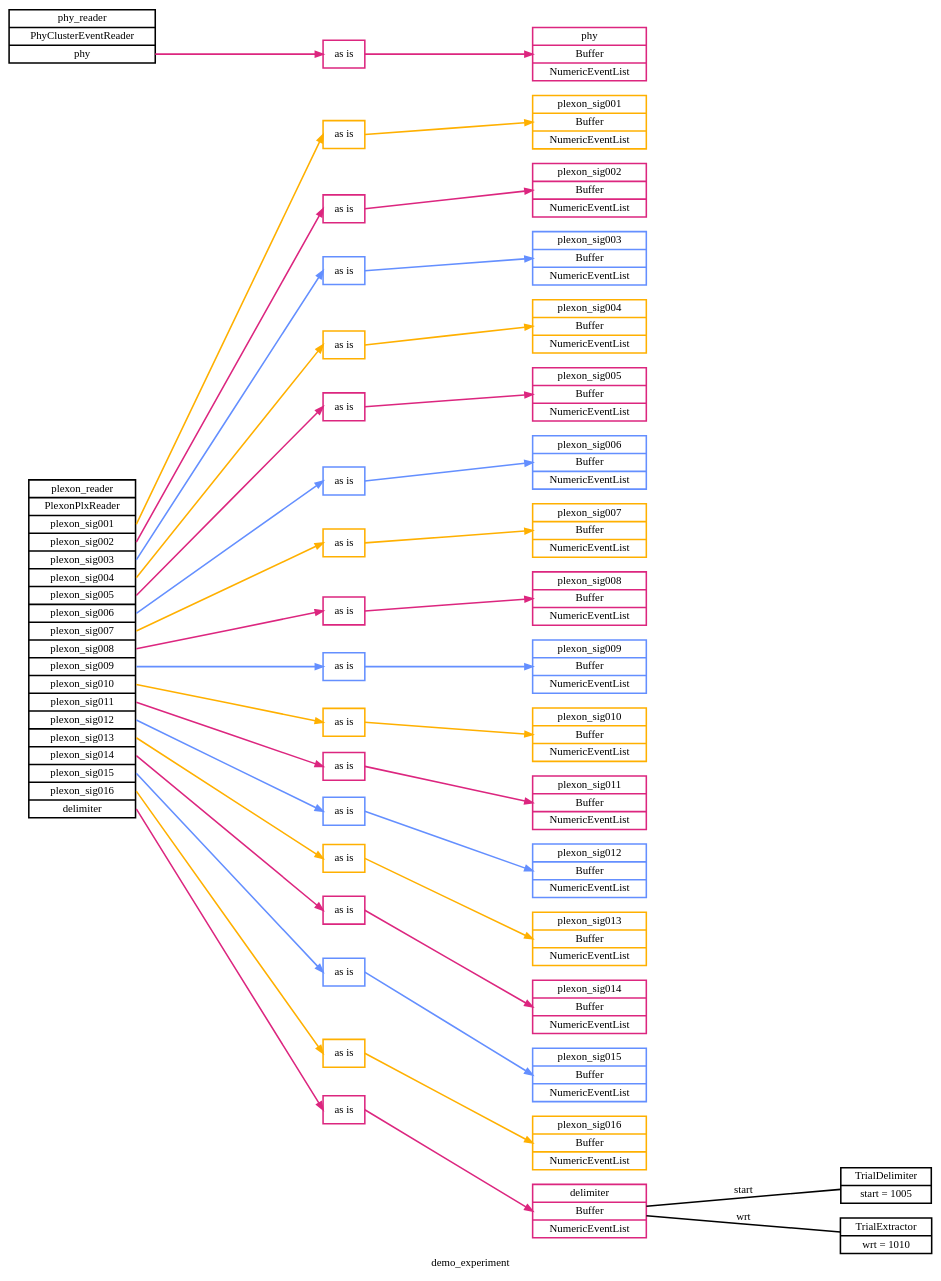
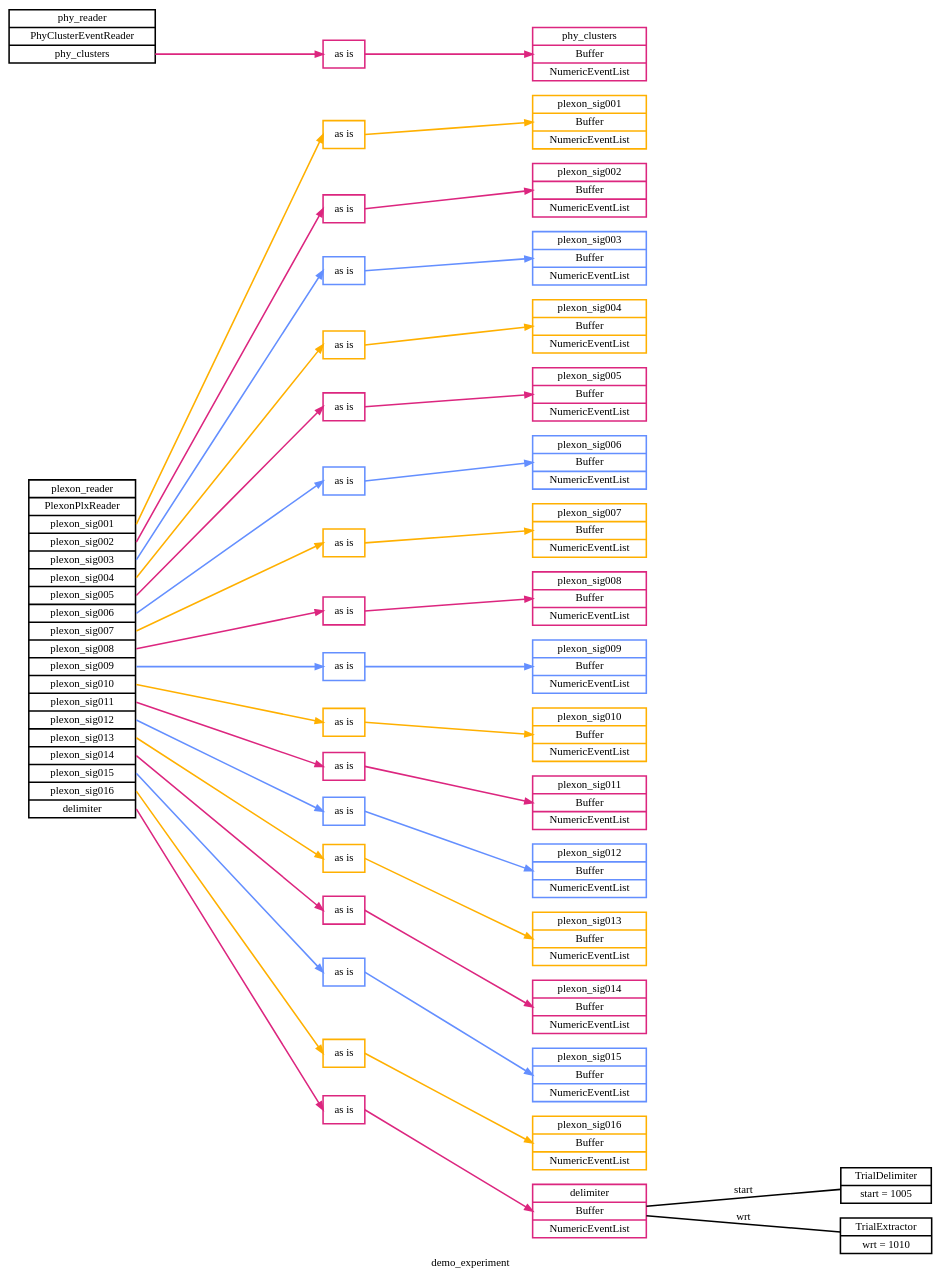
The diagram in pyramid/docs/phy-plexon-demo/images/demo_experiment.dot (benjamin-heasly/gold-lab-nwb-conversions), drawn with Graphviz before and after one commit. The commit also changed 6 other files, not shown here.

```diff
--- a/pyramid/docs/phy-plexon-demo/images/demo_experiment.dot
+++ b/pyramid/docs/phy-plexon-demo/images/demo_experiment.dot
@@ -1,83 +1,83 @@
 digraph demo_experiment {
 	graph [label=demo_experiment overlap=scale rankdir=LR ranksep=3.0 splines=false]
 	node [penwidth=2.0]
 	edge [penwidth=2.0]
 	plexon_reader [label="plexon_reader|PlexonPlxReader|<plexon_sig001>plexon_sig001|<plexon_sig002>plexon_sig002|<plexon_sig003>plexon_sig003|<plexon_sig004>plexon_sig004|<plexon_sig005>plexon_sig005|<plexon_sig006>plexon_sig006|<plexon_sig007>plexon_sig007|<plexon_sig008>plexon_sig008|<plexon_sig009>plexon_sig009|<plexon_sig010>plexon_sig010|<plexon_sig011>plexon_sig011|<plexon_sig012>plexon_sig012|<plexon_sig013>plexon_sig013|<plexon_sig014>plexon_sig014|<plexon_sig015>plexon_sig015|<plexon_sig016>plexon_sig016|<delimiter>delimiter" shape=record]
-	phy_reader [label="phy_reader|PhyClusterEventReader|<phy>phy" shape=record]
+	phy_reader [label="phy_reader|PhyClusterEventReader|<phy_clusters>phy_clusters" shape=record]
 	plexon_sig001 [label="plexon_sig001|Buffer|NumericEventList" color="#FFB000" shape=record]
 	plexon_sig002 [label="plexon_sig002|Buffer|NumericEventList" color="#DC267F" shape=record]
 	plexon_sig003 [label="plexon_sig003|Buffer|NumericEventList" color="#648FFF" shape=record]
 	plexon_sig004 [label="plexon_sig004|Buffer|NumericEventList" color="#FFB000" shape=record]
 	plexon_sig005 [label="plexon_sig005|Buffer|NumericEventList" color="#DC267F" shape=record]
 	plexon_sig006 [label="plexon_sig006|Buffer|NumericEventList" color="#648FFF" shape=record]
 	plexon_sig007 [label="plexon_sig007|Buffer|NumericEventList" color="#FFB000" shape=record]
 	plexon_sig008 [label="plexon_sig008|Buffer|NumericEventList" color="#DC267F" shape=record]
 	plexon_sig009 [label="plexon_sig009|Buffer|NumericEventList" color="#648FFF" shape=record]
 	plexon_sig010 [label="plexon_sig010|Buffer|NumericEventList" color="#FFB000" shape=record]
 	plexon_sig011 [label="plexon_sig011|Buffer|NumericEventList" color="#DC267F" shape=record]
 	plexon_sig012 [label="plexon_sig012|Buffer|NumericEventList" color="#648FFF" shape=record]
 	plexon_sig013 [label="plexon_sig013|Buffer|NumericEventList" color="#FFB000" shape=record]
 	plexon_sig014 [label="plexon_sig014|Buffer|NumericEventList" color="#DC267F" shape=record]
 	plexon_sig015 [label="plexon_sig015|Buffer|NumericEventList" color="#648FFF" shape=record]
 	plexon_sig016 [label="plexon_sig016|Buffer|NumericEventList" color="#FFB000" shape=record]
 	delimiter [label="delimiter|Buffer|NumericEventList" color="#DC267F" shape=record]
-	phy [label="phy|Buffer|NumericEventList" color="#DC267F" shape=record]
+	phy_clusters [label="phy_clusters|Buffer|NumericEventList" color="#DC267F" shape=record]
 	plexon_reader_route_0 [label="as is" color="#FFB000" shape=record]
 	plexon_reader:plexon_sig001:e -> plexon_reader_route_0:w [color="#FFB000"]
 	plexon_reader_route_0:e -> plexon_sig001:w [color="#FFB000"]
 	plexon_reader_route_1 [label="as is" color="#DC267F" shape=record]
 	plexon_reader:plexon_sig002:e -> plexon_reader_route_1:w [color="#DC267F"]
 	plexon_reader_route_1:e -> plexon_sig002:w [color="#DC267F"]
 	plexon_reader_route_2 [label="as is" color="#648FFF" shape=record]
 	plexon_reader:plexon_sig003:e -> plexon_reader_route_2:w [color="#648FFF"]
 	plexon_reader_route_2:e -> plexon_sig003:w [color="#648FFF"]
 	plexon_reader_route_3 [label="as is" color="#FFB000" shape=record]
 	plexon_reader:plexon_sig004:e -> plexon_reader_route_3:w [color="#FFB000"]
 	plexon_reader_route_3:e -> plexon_sig004:w [color="#FFB000"]
 	plexon_reader_route_4 [label="as is" color="#DC267F" shape=record]
 	plexon_reader:plexon_sig005:e -> plexon_reader_route_4:w [color="#DC267F"]
 	plexon_reader_route_4:e -> plexon_sig005:w [color="#DC267F"]
 	plexon_reader_route_5 [label="as is" color="#648FFF" shape=record]
 	plexon_reader:plexon_sig006:e -> plexon_reader_route_5:w [color="#648FFF"]
 	plexon_reader_route_5:e -> plexon_sig006:w [color="#648FFF"]
 	plexon_reader_route_6 [label="as is" color="#FFB000" shape=record]
 	plexon_reader:plexon_sig007:e -> plexon_reader_route_6:w [color="#FFB000"]
 	plexon_reader_route_6:e -> plexon_sig007:w [color="#FFB000"]
 	plexon_reader_route_7 [label="as is" color="#DC267F" shape=record]
 	plexon_reader:plexon_sig008:e -> plexon_reader_route_7:w [color="#DC267F"]
 	plexon_reader_route_7:e -> plexon_sig008:w [color="#DC267F"]
 	plexon_reader_route_8 [label="as is" color="#648FFF" shape=record]
 	plexon_reader:plexon_sig009:e -> plexon_reader_route_8:w [color="#648FFF"]
 	plexon_reader_route_8:e -> plexon_sig009:w [color="#648FFF"]
 	plexon_reader_route_9 [label="as is" color="#FFB000" shape=record]
 	plexon_reader:plexon_sig010:e -> plexon_reader_route_9:w [color="#FFB000"]
 	plexon_reader_route_9:e -> plexon_sig010:w [color="#FFB000"]
 	plexon_reader_route_10 [label="as is" color="#DC267F" shape=record]
 	plexon_reader:plexon_sig011:e -> plexon_reader_route_10:w [color="#DC267F"]
 	plexon_reader_route_10:e -> plexon_sig011:w [color="#DC267F"]
 	plexon_reader_route_11 [label="as is" color="#648FFF" shape=record]
 	plexon_reader:plexon_sig012:e -> plexon_reader_route_11:w [color="#648FFF"]
 	plexon_reader_route_11:e -> plexon_sig012:w [color="#648FFF"]
 	plexon_reader_route_12 [label="as is" color="#FFB000" shape=record]
 	plexon_reader:plexon_sig013:e -> plexon_reader_route_12:w [color="#FFB000"]
 	plexon_reader_route_12:e -> plexon_sig013:w [color="#FFB000"]
 	plexon_reader_route_13 [label="as is" color="#DC267F" shape=record]
 	plexon_reader:plexon_sig014:e -> plexon_reader_route_13:w [color="#DC267F"]
 	plexon_reader_route_13:e -> plexon_sig014:w [color="#DC267F"]
 	plexon_reader_route_14 [label="as is" color="#648FFF" shape=record]
 	plexon_reader:plexon_sig015:e -> plexon_reader_route_14:w [color="#648FFF"]
 	plexon_reader_route_14:e -> plexon_sig015:w [color="#648FFF"]
 	plexon_reader_route_15 [label="as is" color="#FFB000" shape=record]
 	plexon_reader:plexon_sig016:e -> plexon_reader_route_15:w [color="#FFB000"]
 	plexon_reader_route_15:e -> plexon_sig016:w [color="#FFB000"]
 	plexon_reader_route_16 [label="as is" color="#DC267F" shape=record]
 	plexon_reader:delimiter:e -> plexon_reader_route_16:w [color="#DC267F"]
 	plexon_reader_route_16:e -> delimiter:w [color="#DC267F"]
 	phy_reader_route_0 [label="as is" color="#DC267F" shape=record]
-	phy_reader:phy:e -> phy_reader_route_0:w [color="#DC267F"]
-	phy_reader_route_0:e -> phy:w [color="#DC267F"]
+	phy_reader:phy_clusters:e -> phy_reader_route_0:w [color="#DC267F"]
+	phy_reader_route_0:e -> phy_clusters:w [color="#DC267F"]
 	trial_delimiter [label="TrialDelimiter|start = 1005" shape=record]
 	delimiter -> trial_delimiter [label=start arrowhead=none arrowtail=none]
 	trial_extractor [label="TrialExtractor|wrt = 1010" shape=record]
 	delimiter -> trial_extractor [label=wrt arrowhead=none arrowtail=none]
 }
```
